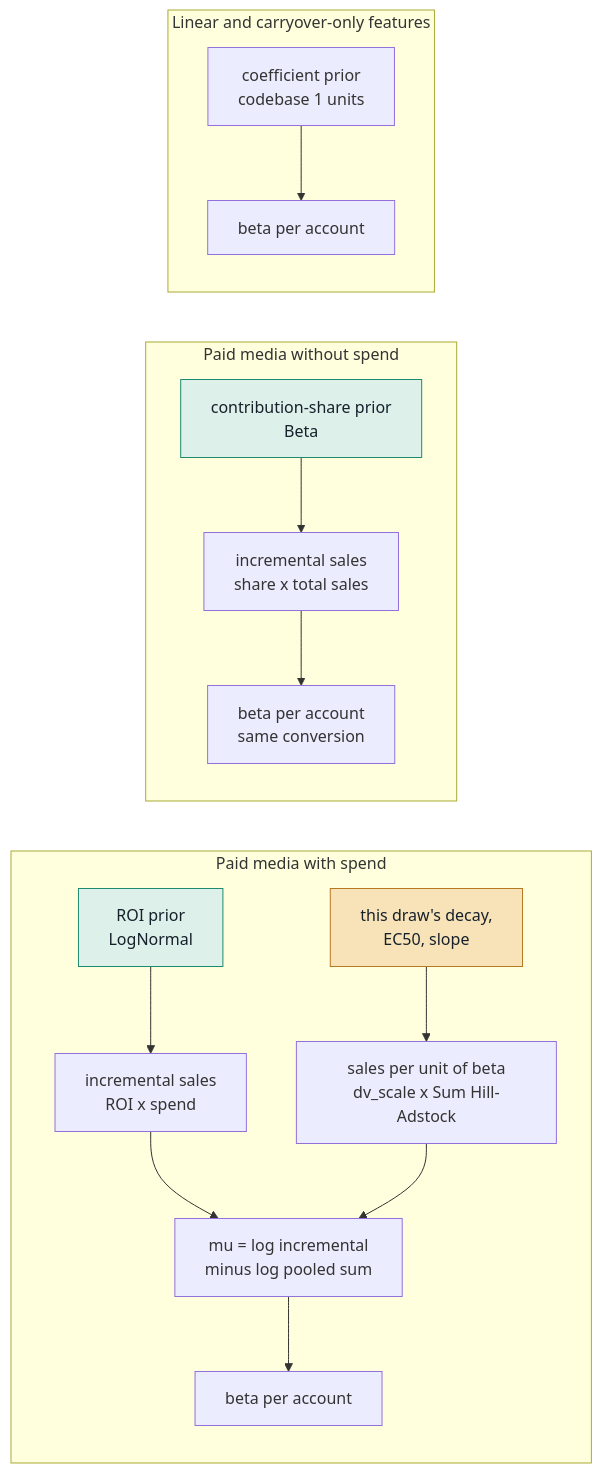
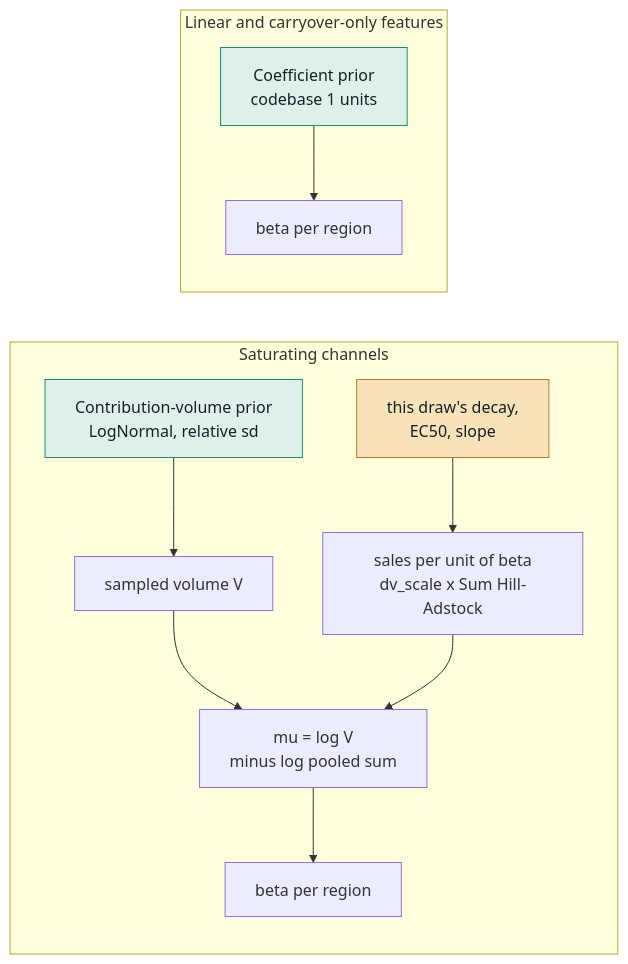
Before and after one commit to Ikshvaku24/mmm: the seventh of 8 diagrams in codebase2_full_mmm/docs/PHASE2_ARCHITECTURE.md, drawn with Mermaid. The commit also changed other lines of this file and 3 other files, not shown here.

````diff
--- a/codebase2_full_mmm/docs/PHASE2_ARCHITECTURE.md
+++ b/codebase2_full_mmm/docs/PHASE2_ARCHITECTURE.md
@@ -1022,21 +1068,17 @@
 ```mermaid
 flowchart LR
-    subgraph RROI["Paid media with spend"]
-        RP["ROI prior<br/>LogNormal"] --> INC["incremental sales<br/>ROI x spend"]
+    subgraph RV["Saturating channels"]
+        VP["Contribution-volume prior<br/>LogNormal, relative sd"] --> TGT["sampled volume V"]
         TRD["this draw's decay,<br/>EC50, slope"] --> PER["sales per unit of beta<br/>dv_scale x Sum Hill-Adstock"]
-        INC --> MU["mu = log incremental<br/>minus log pooled sum"]
+        TGT --> MU["mu = log V<br/>minus log pooled sum"]
         PER --> MU
-        MU --> B1["beta per account"]
+        MU --> B1["beta per region"]
     end
-    subgraph RCON["Paid media without spend"]
-        CP["contribution-share prior<br/>Beta"] --> INC2["incremental sales<br/>share x total sales"]
-        INC2 --> B2["beta per account<br/>same conversion"]
-    end
-    subgraph RCOE["Linear and carryover-only features"]
-        KP["coefficient prior<br/>codebase 1 units"] --> B3["beta per account"]
+    subgraph RC["Linear and carryover-only features"]
+        KP["Coefficient prior<br/>codebase 1 units"] --> B2["beta per region"]
     end
     classDef learned fill:#F8E3B8,stroke:#B7791F,color:#16202B
     classDef prior fill:#DDF1EA,stroke:#1F8A70,color:#16202B
     class TRD learned
-    class RP,CP prior
+    class VP,KP prior
 ```
````
